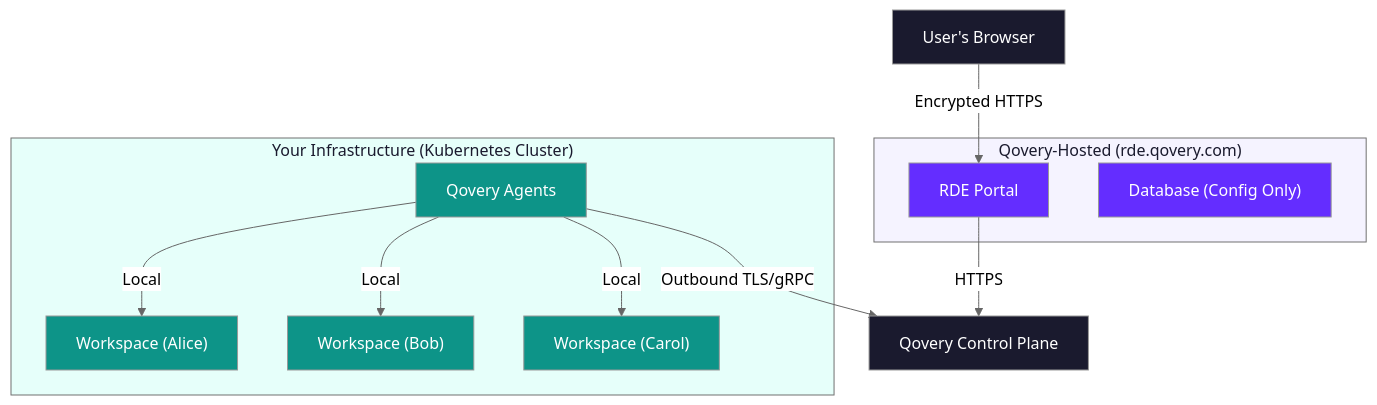
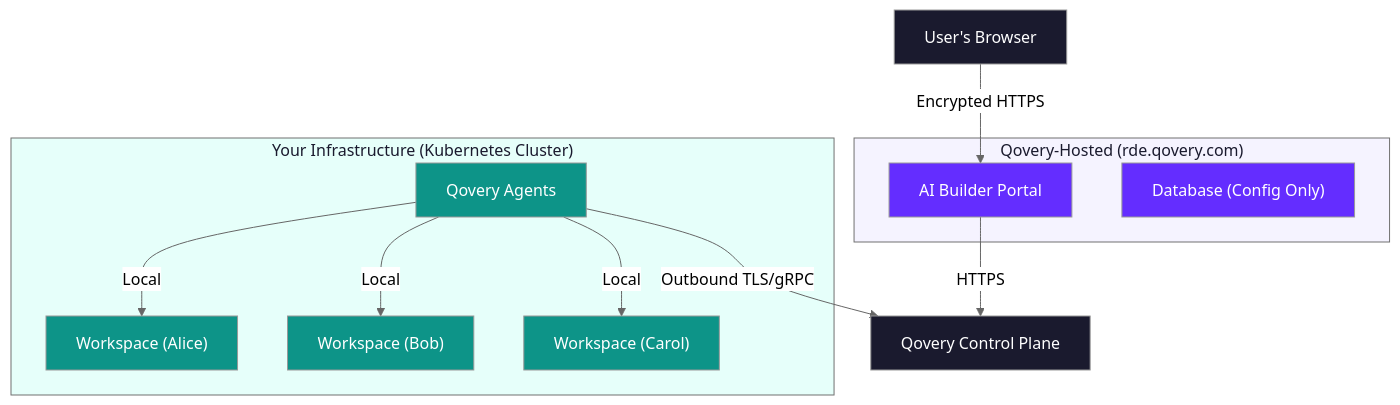
The first of 3 diagrams in docs/rde/reference/security.mdx (Qovery/documentation), drawn with Mermaid (neutral theme) before and after one commit. The commit also changed other lines of this file and 20 other files, not shown here.

First line of the commit message:
docs: rename RDE Portal to AI Builder Portal, update blueprint tab structure

````diff
--- a/docs/rde/reference/security.mdx
+++ b/docs/rde/reference/security.mdx
@@ -22,32 +22,32 @@
 ```mermaid
 flowchart TB
     subgraph Qovery["Qovery-Hosted (rde.qovery.com)"]
-        Portal["RDE Portal"]
+        Portal["AI Builder Portal"]
         DB["Database (Config Only)"]
     end
 
     subgraph YourInfra["Your Infrastructure (Kubernetes Cluster)"]
         Agents["Qovery Agents"]
         WS1["Workspace (Alice)"]
         WS2["Workspace (Bob)"]
         WS3["Workspace (Carol)"]
     end
 
     Browser["User's Browser"] -->|"Encrypted HTTPS"| Portal
     Portal -->|"HTTPS"| CP["Qovery Control Plane"]
     Agents -->|"Outbound TLS/gRPC"| CP
     Agents -->|"Local"| WS1
     Agents -->|"Local"| WS2
     Agents -->|"Local"| WS3
 
     style Qovery fill:#f5f3ff,color:#1a1a2e
     style YourInfra fill:#e6fffa,color:#1a1a2e
     style Portal fill:#642DFF,color:#fff
     style DB fill:#642DFF,color:#fff
     style CP fill:#1a1a2e,color:#fff
     style Agents fill:#0d9488,color:#fff
     style WS1 fill:#0d9488,color:#fff
     style WS2 fill:#0d9488,color:#fff
     style WS3 fill:#0d9488,color:#fff
     style Browser fill:#1a1a2e,color:#fff
 ```
````
